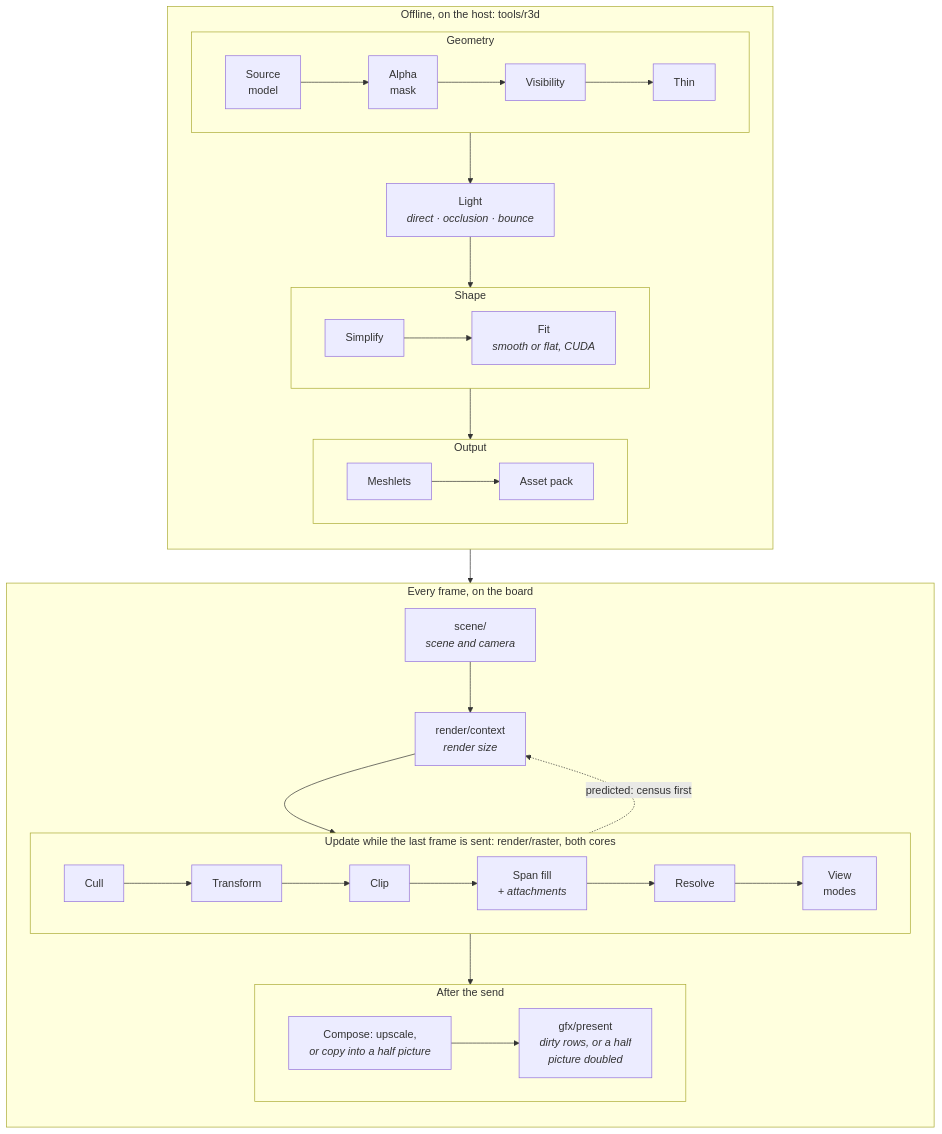
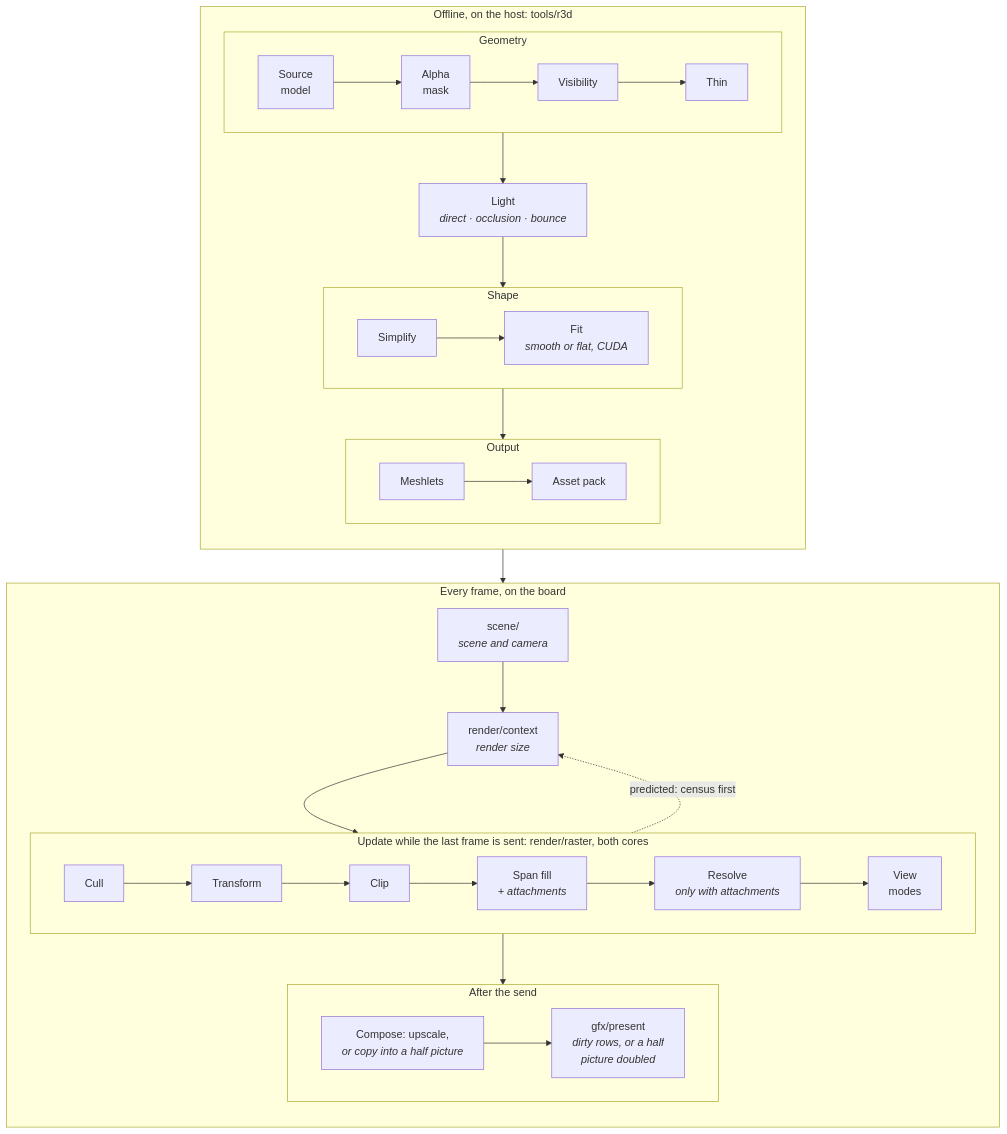
The diagram in docs/render/Render-Pipeline.md (jose-villegas/autana), drawn with Mermaid before and after one commit. The commit also changed other lines of this file and 12 other files, not shown here.

Commit message:
docs: the frame stages as a chart, each debug view's cost apart from the shipped frame (vc9h)

````diff
--- a/docs/render/Render-Pipeline.md
+++ b/docs/render/Render-Pipeline.md
@@ -20,36 +20,36 @@
 ```mermaid
 flowchart TB
     subgraph Host["Offline, on the host: tools/r3d"]
         direction TB
         subgraph Geometry["Geometry"]
             direction LR
             Src["Source<br/>model"] --> Mask["Alpha<br/>mask"] --> Vis["Visibility"] --> Thin["Thin"]
         end
         Light["Light<br/><i>direct · occlusion · bounce</i>"]
         subgraph Shape["Shape"]
             direction LR
             Simp["Simplify"] --> Fit["Fit<br/><i>smooth or flat, CUDA</i>"]
         end
         subgraph Output["Output"]
             direction LR
             Mesh["Meshlets"] --> Pack["Asset pack"]
         end
         Geometry --> Light --> Shape --> Output
     end
     subgraph Board["Every frame, on the board"]
         direction TB
         Scene["scene/<br/><i>scene and camera</i>"] --> Size["render/context<br/><i>render size</i>"]
         subgraph Update["Update while the last frame is sent: render/raster, both cores"]
             direction LR
-            Cull["Cull"] --> Xf["Transform"] --> Clip["Clip"] --> Fill["Span fill<br/><i>+ attachments</i>"] --> Res["Resolve"] --> View["View<br/>modes"]
+            Cull["Cull"] --> Xf["Transform"] --> Clip["Clip"] --> Fill["Span fill<br/><i>+ attachments</i>"] --> Res["Resolve<br/><i>only with attachments</i>"] --> View["View<br/>modes"]
         end
         subgraph After["After the send"]
             direction LR
             Up["Compose: upscale,<br/><i>or copy into a half picture</i>"] --> Present["gfx/present<br/><i>dirty rows, or a half<br/>picture doubled</i>"]
         end
         Size --> Update
         Update -. "predicted: census first" .-> Size
         Update --> After
     end
     Output --> Board
 ```
````
